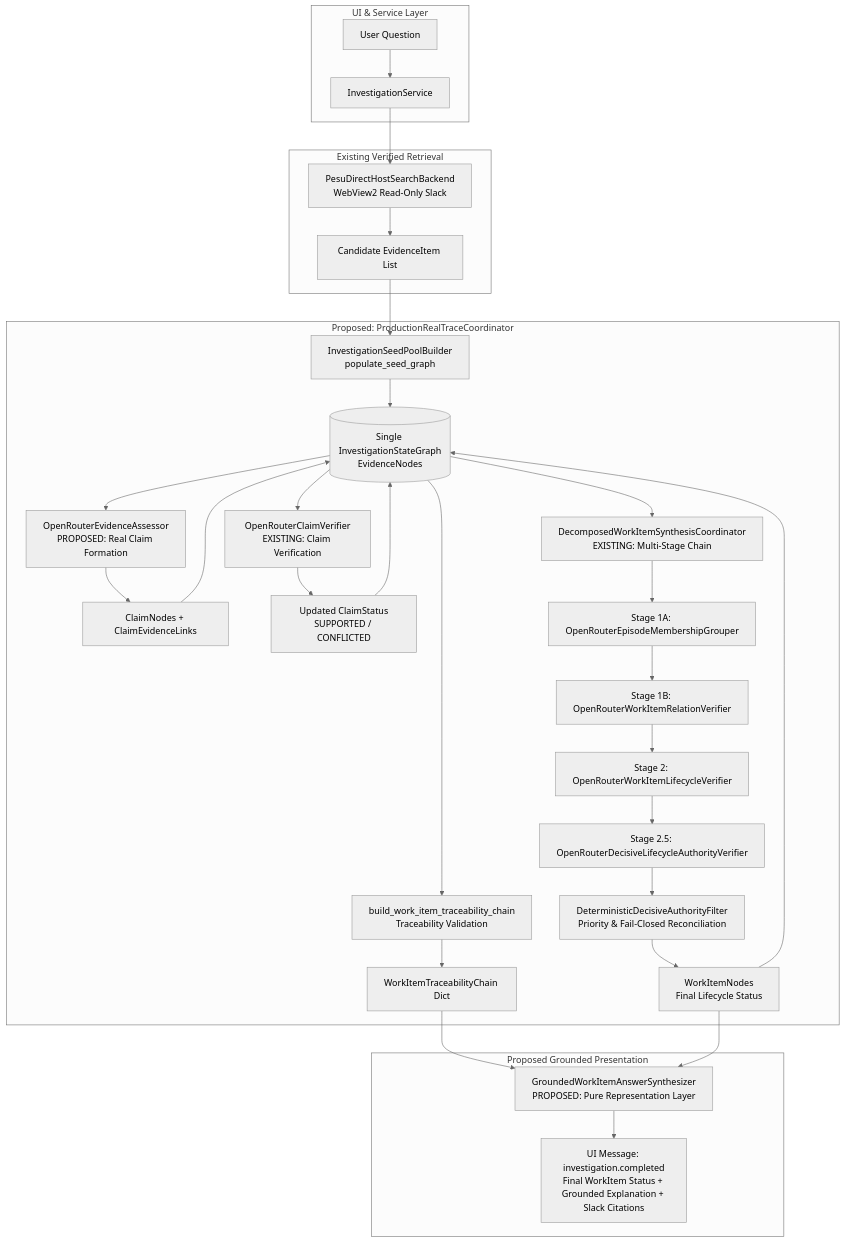
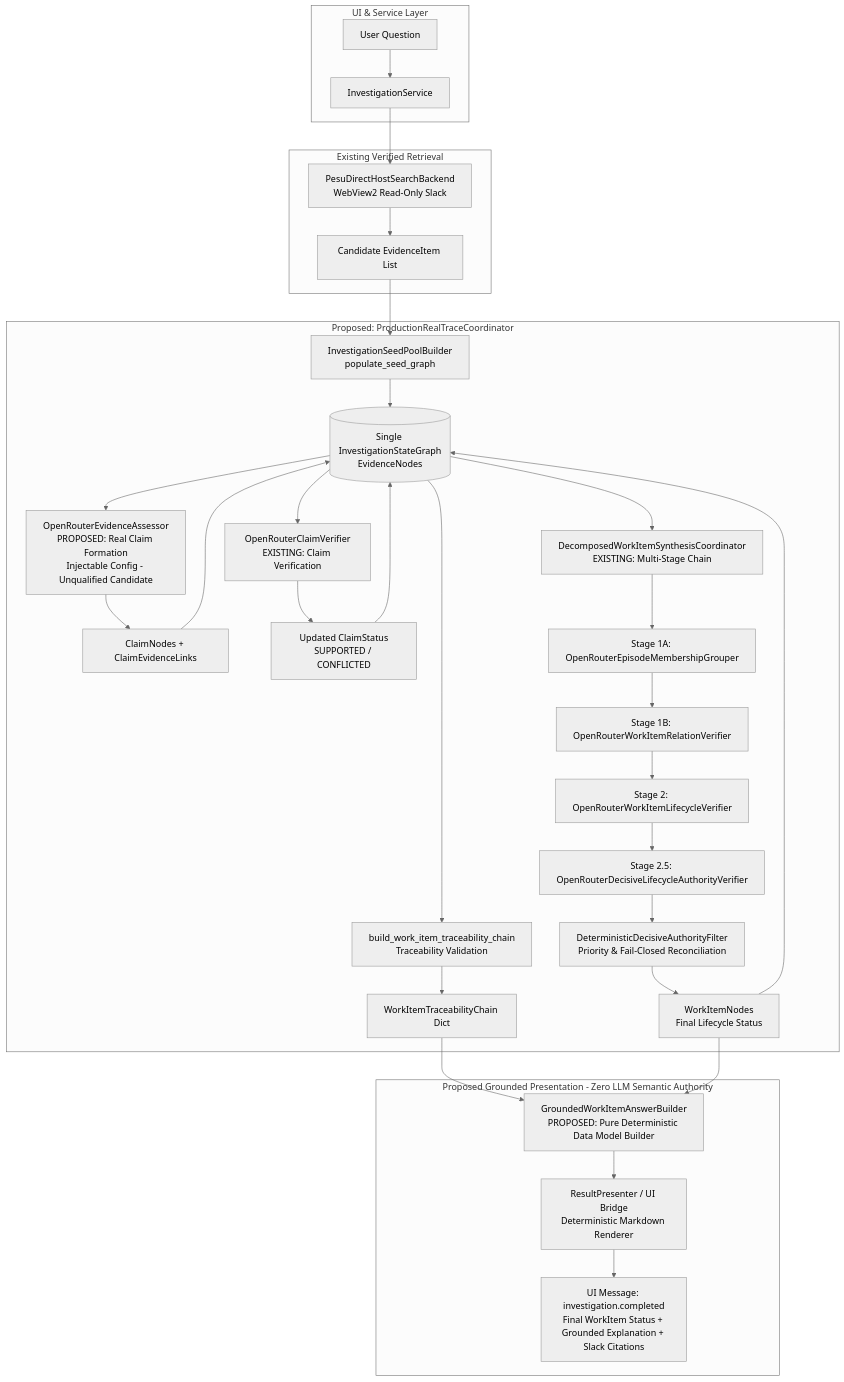
The third of 3 diagrams in docs/superpowers/specs/2026-09-14-phase-13-5d-real-production-trace-design.md (Pesumelga/pesu-agent), drawn with Mermaid (neutral theme) before and after one commit. The commit also changed other lines of this file, not shown here.

````diff
--- a/docs/superpowers/specs/2026-09-14-phase-13-5d-real-production-trace-design.md
+++ b/docs/superpowers/specs/2026-09-14-phase-13-5d-real-production-trace-design.md
@@ -122,42 +123,43 @@
 ```mermaid
 flowchart TD
     subgraph UI_Layer [UI & Service Layer]
         User[User Question] --> Svc[InvestigationService]
     end
 
     subgraph Retrieval_Layer [Existing Verified Retrieval]
         Svc --> Backend[PesuDirectHostSearchBackend<br/>WebView2 Read-Only Slack]
         Backend --> Seeds[Candidate EvidenceItem List]
     end
 
     subgraph Production_Trace_Orchestration [Proposed: ProductionRealTraceCoordinator]
         Seeds --> SeedBuilder[InvestigationSeedPoolBuilder<br/>populate_seed_graph]
         SeedBuilder --> Graph[(Single InvestigationStateGraph<br/>EvidenceNodes)]
         
-        Graph --> Assessor[OpenRouterEvidenceAssessor<br/>PROPOSED: Real Claim Formation]
+        Graph --> Assessor[OpenRouterEvidenceAssessor<br/>PROPOSED: Real Claim Formation<br/>Injectable Config - Unqualified Candidate]
         Assessor --> Claims[ClaimNodes + ClaimEvidenceLinks]
         Claims --> Graph
         
         Graph --> Verifier[OpenRouterClaimVerifier<br/>EXISTING: Claim Verification]
         Verifier --> VerifiedClaims[Updated ClaimStatus<br/>SUPPORTED / CONFLICTED]
         VerifiedClaims --> Graph
         
         Graph --> DecompCoord[DecomposedWorkItemSynthesisCoordinator<br/>EXISTING: Multi-Stage Chain]
         DecompCoord --> S1A[Stage 1A: OpenRouterEpisodeMembershipGrouper]
         S1A --> S1B[Stage 1B: OpenRouterWorkItemRelationVerifier]
         S1B --> S2[Stage 2: OpenRouterWorkItemLifecycleVerifier]
         S2 --> S25[Stage 2.5: OpenRouterDecisiveLifecycleAuthorityVerifier]
         S25 --> Recon[DeterministicDecisiveAuthorityFilter<br/>Priority & Fail-Closed Reconciliation]
         Recon --> FinalNodes[WorkItemNodes<br/>Final Lifecycle Status]
         FinalNodes --> Graph
         
         Graph --> TraceBuilder[build_work_item_traceability_chain<br/>Traceability Validation]
         TraceBuilder --> Chains[WorkItemTraceabilityChain Dict]
     end
 
-    subgraph Presentation_Layer [Proposed Grounded Presentation]
-        Chains --> AnswerSynth[GroundedWorkItemAnswerSynthesizer<br/>PROPOSED: Pure Representation Layer]
-        FinalNodes --> AnswerSynth
-        AnswerSynth --> FinalUI[UI Message: investigation.completed<br/>Final WorkItem Status + Grounded Explanation + Slack Citations]
+    subgraph Presentation_Layer [Proposed Grounded Presentation - Zero LLM Semantic Authority]
+        Chains --> AnswerBuilder[GroundedWorkItemAnswerBuilder<br/>PROPOSED: Pure Deterministic Data Model Builder]
+        FinalNodes --> AnswerBuilder
+        AnswerBuilder --> Presenter[ResultPresenter / UI Bridge<br/>Deterministic Markdown Renderer]
+        Presenter --> FinalUI[UI Message: investigation.completed<br/>Final WorkItem Status + Grounded Explanation + Slack Citations]
     end
 ```
````
